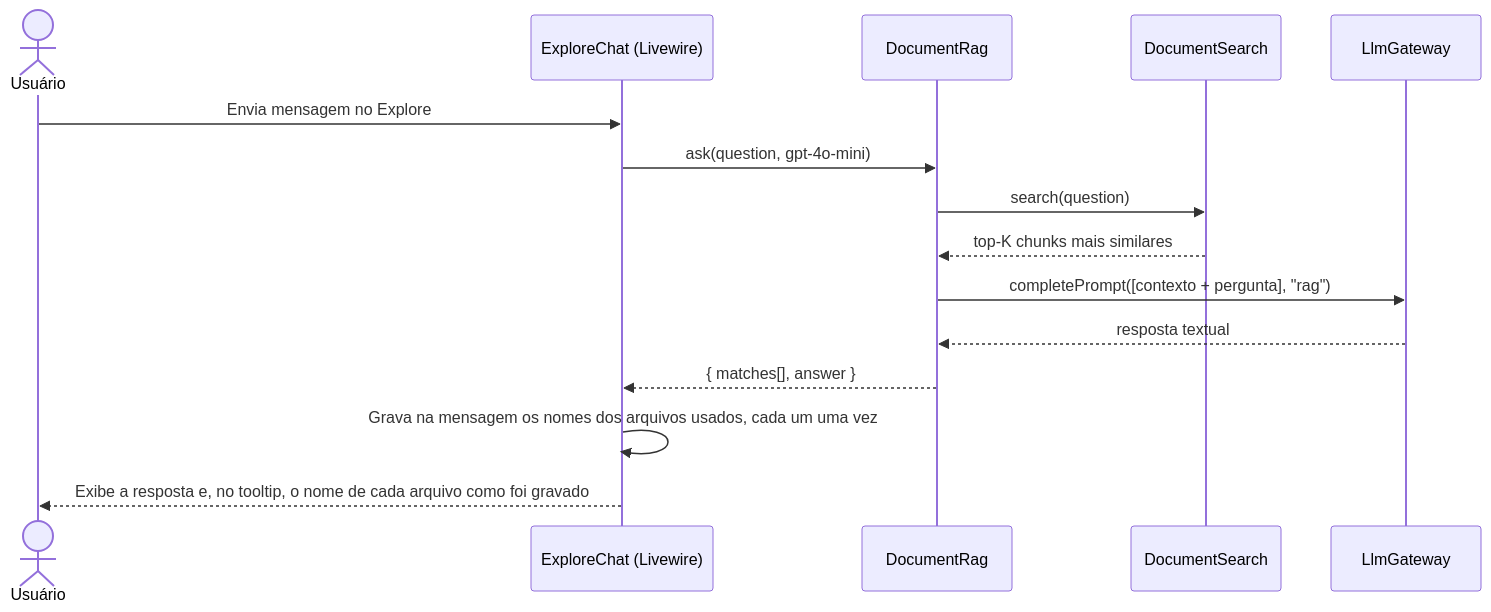
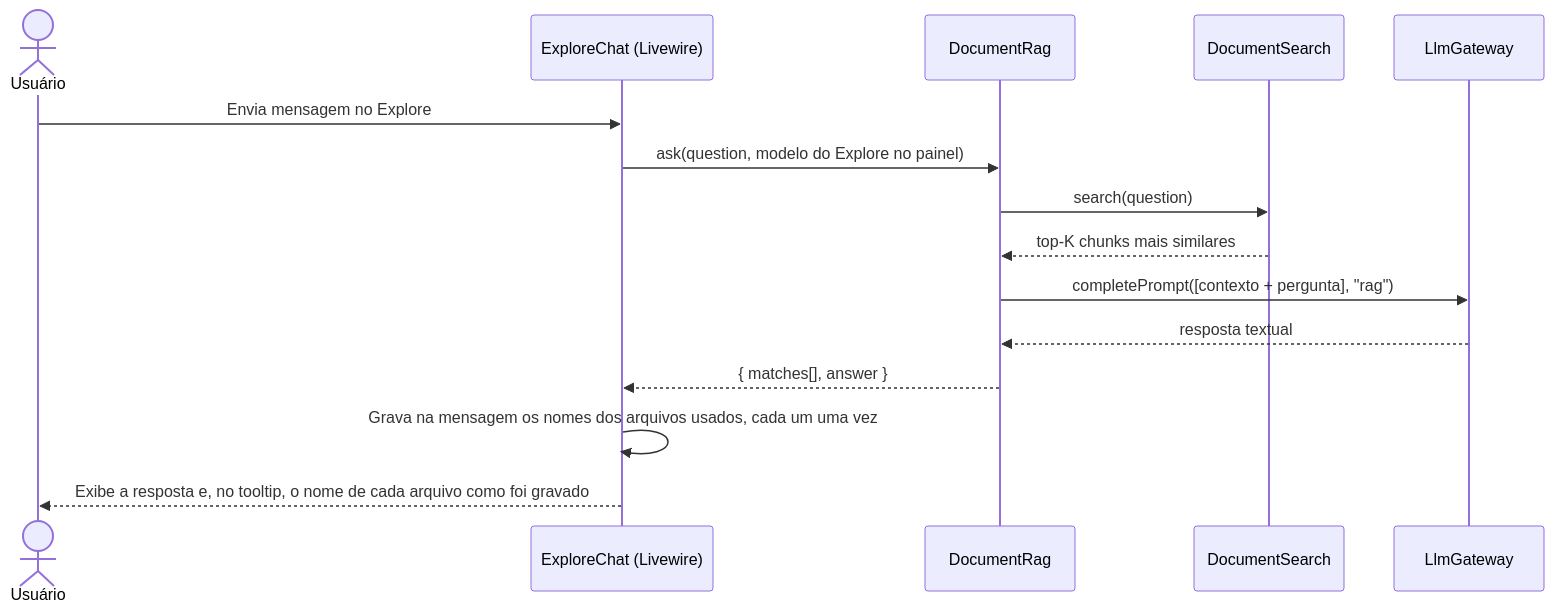
One commit to Fredrumond/pm_helper changed the third of 5 diagrams in docs/rag.md. Above: the diagram before and after it, drawn with Mermaid. The commit also changed other lines of this file and 20 other files, not shown here.

````diff
--- a/docs/rag.md
+++ b/docs/rag.md
@@ -90,18 +90,18 @@
 ```mermaid
 sequenceDiagram
     actor U as Usuário
     participant E as ExploreChat (Livewire)
     participant R as DocumentRag
     participant S as DocumentSearch
     participant L as LlmGateway
 
     U->>E: Envia mensagem no Explore
-    E->>R: ask(question, gpt-4o-mini)
+    E->>R: ask(question, modelo do Explore no painel)
     R->>S: search(question)
     S-->>R: top-K chunks mais similares
     R->>L: completePrompt([contexto + pergunta], "rag")
     L-->>R: resposta textual
     R-->>E: { matches[], answer }
     E->>E: Grava na mensagem os nomes dos arquivos usados, cada um uma vez
     E-->>U: Exibe a resposta e, no tooltip, o nome de cada arquivo como foi gravado
 ```
````
